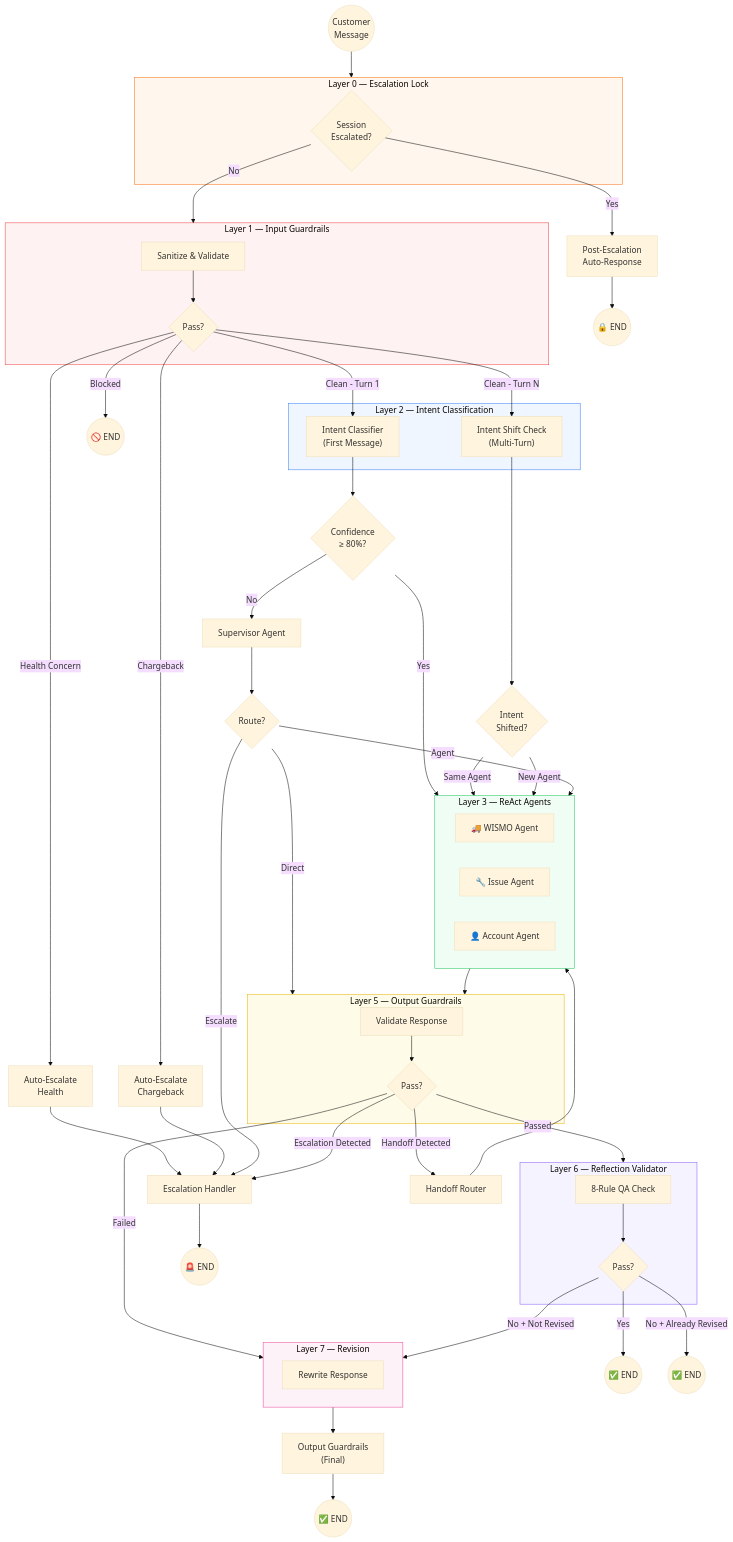
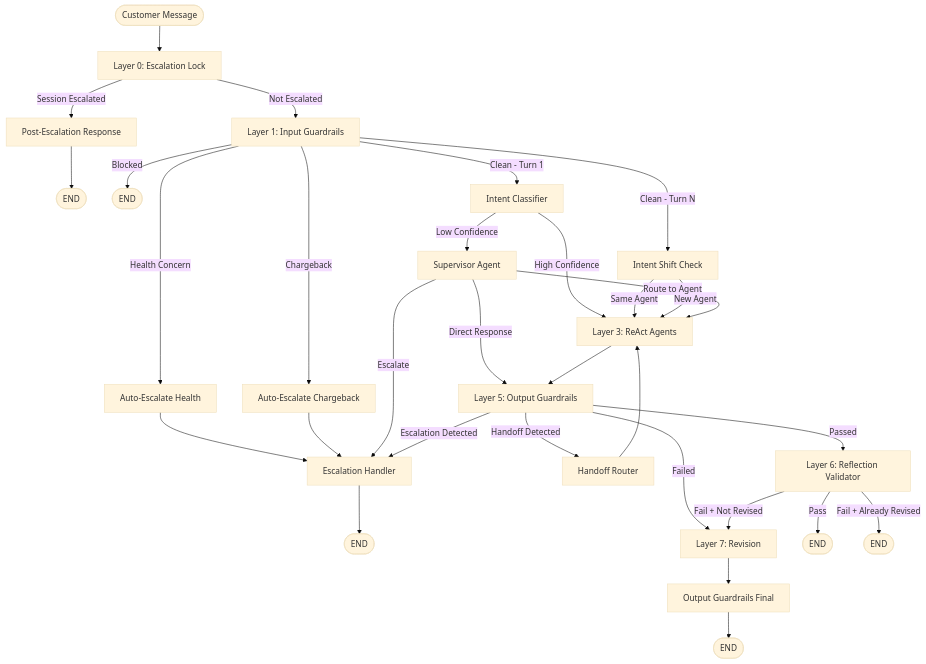
The second of 11 diagrams in README.md (EminDurmuSS/lookfor-hackathon), drawn with Mermaid (base theme) before and after one commit. The commit also changed other lines of this file, not shown here.

First line of the commit message:
Refactor README formatting and diagram clarity

````diff
--- a/README.md
+++ b/README.md
@@ -107,89 +100,52 @@
 ```mermaid
 flowchart TD
-    START((Customer<br/>Message)) --> L0
+    START([Customer Message]) --> L0
 
-    subgraph L0["Layer 0 — Escalation Lock"]
-        EL{"Session<br/>Escalated?"}
-    end
+    L0[Layer 0: Escalation Lock]
+    L0 -->|Session Escalated| PE[Post-Escalation Response]
+    L0 -->|Not Escalated| L1
+    PE --> END1([END])
 
-    EL -->|Yes| PE["Post-Escalation<br/>Auto-Response"]
-    PE --> END1((🔒 END))
+    L1[Layer 1: Input Guardrails]
+    L1 -->|Blocked| END2([END])
+    L1 -->|Health Concern| AEH[Auto-Escalate Health]
+    L1 -->|Chargeback| AEC[Auto-Escalate Chargeback]
+    L1 -->|Clean - Turn 1| L2A
+    L1 -->|Clean - Turn N| L2B
+    
+    AEH --> ESC[Escalation Handler]
+    AEC --> ESC
+    ESC --> END3([END])
 
-    EL -->|No| L1
+    L2A[Intent Classifier]
+    L2B[Intent Shift Check]
+    
+    L2A -->|High Confidence| L3
+    L2A -->|Low Confidence| SUP[Supervisor Agent]
+    L2B -->|Same Agent| L3
+    L2B -->|New Agent| L3
+    
+    SUP -->|Route to Agent| L3
+    SUP -->|Direct Response| L5
+    SUP -->|Escalate| ESC
 
-    subgraph L1["Layer 1 — Input Guardrails"]
-        IG["Sanitize & Validate"]
-        IG --> IG_CHECK{"Pass?"}
-    end
-
-    IG_CHECK -->|Blocked| END2((🚫 END))
-    IG_CHECK -->|Health Concern| AEH["Auto-Escalate<br/>Health"]
-    IG_CHECK -->|Chargeback| AEC["Auto-Escalate<br/>Chargeback"]
-    AEH --> ESC_HANDLER["Escalation Handler"]
-    AEC --> ESC_HANDLER
-    ESC_HANDLER --> END3((🚨 END))
-
-    IG_CHECK -->|Clean - Turn 1| L2A
-    IG_CHECK -->|Clean - Turn N| L2B
-
-    subgraph L2["Layer 2 — Intent Classification"]
-        L2A["Intent Classifier<br/>(First Message)"]
-        L2B["Intent Shift Check<br/>(Multi-Turn)"]
-    end
-
-    L2A --> CONF{"Confidence<br/>≥ 80%?"}
-    L2B --> SHIFT{"Intent<br/>Shifted?"}
-
-    CONF -->|Yes| L3
-    CONF -->|No| SUP["Supervisor Agent"]
-    SHIFT -->|Same Agent| L3
-    SHIFT -->|New Agent| L3
-
-    SUP --> SUP_ROUTE{"Route?"}
-    SUP_ROUTE -->|Agent| L3
-    SUP_ROUTE -->|Direct| L5
-    SUP_ROUTE -->|Escalate| ESC_HANDLER
-
-    subgraph L3["Layer 3 — ReAct Agents"]
-        WA["🚚 WISMO Agent"]
-        IA["🔧 Issue Agent"]
-        AA["👤 Account Agent"]
-    end
-
+    L3[Layer 3: ReAct Agents]
     L3 --> L5
 
-    subgraph L5["Layer 5 — Output Guardrails"]
-        OG["Validate Response"]
-        OG --> OG_CHECK{"Pass?"}
-    end
+    L5[Layer 5: Output Guardrails]
+    L5 -->|Escalation Detected| ESC
+    L5 -->|Handoff Detected| HANDOFF[Handoff Router]
+    L5 -->|Failed| L7
+    L5 -->|Passed| L6
+    
+    HANDOFF --> L3
 
-    OG_CHECK -->|Escalation Detected| ESC_HANDLER
-    OG_CHECK -->|Handoff Detected| HANDOFF["Handoff Router"]
-    HANDOFF --> L3
-    OG_CHECK -->|Failed| L7
-    OG_CHECK -->|Passed| L6
+    L6[Layer 6: Reflection Validator]
+    L6 -->|Pass| END4([END])
+    L6 -->|Fail + Not Revised| L7
+    L6 -->|Fail + Already Revised| END5([END])
 
-    subgraph L6["Layer 6 — Reflection Validator"]
-        RV["8-Rule QA Check"]
-        RV --> RV_CHECK{"Pass?"}
-    end
-
-    RV_CHECK -->|Yes| END4((✅ END))
-    RV_CHECK -->|No + Not Revised| L7
-    RV_CHECK -->|No + Already Revised| END5((✅ END))
-
-    subgraph L7["Layer 7 — Revision"]
-        REV["Rewrite Response"]
-    end
-
-    L7 --> OGF["Output Guardrails<br/>(Final)"]
-    OGF --> END6((✅ END))
-
-    style L0 fill:#fff7ed,stroke:#f97316
-    style L1 fill:#fef2f2,stroke:#ef4444
-    style L2 fill:#eff6ff,stroke:#3b82f6
-    style L3 fill:#f0fdf4,stroke:#22c55e
-    style L5 fill:#fefce8,stroke:#eab308
-    style L6 fill:#f5f3ff,stroke:#8b5cf6
-    style L7 fill:#fdf2f8,stroke:#ec4899
+    L7[Layer 7: Revision]
+    L7 --> OGF[Output Guardrails Final]
+    OGF --> END6([END])
 ```
````
